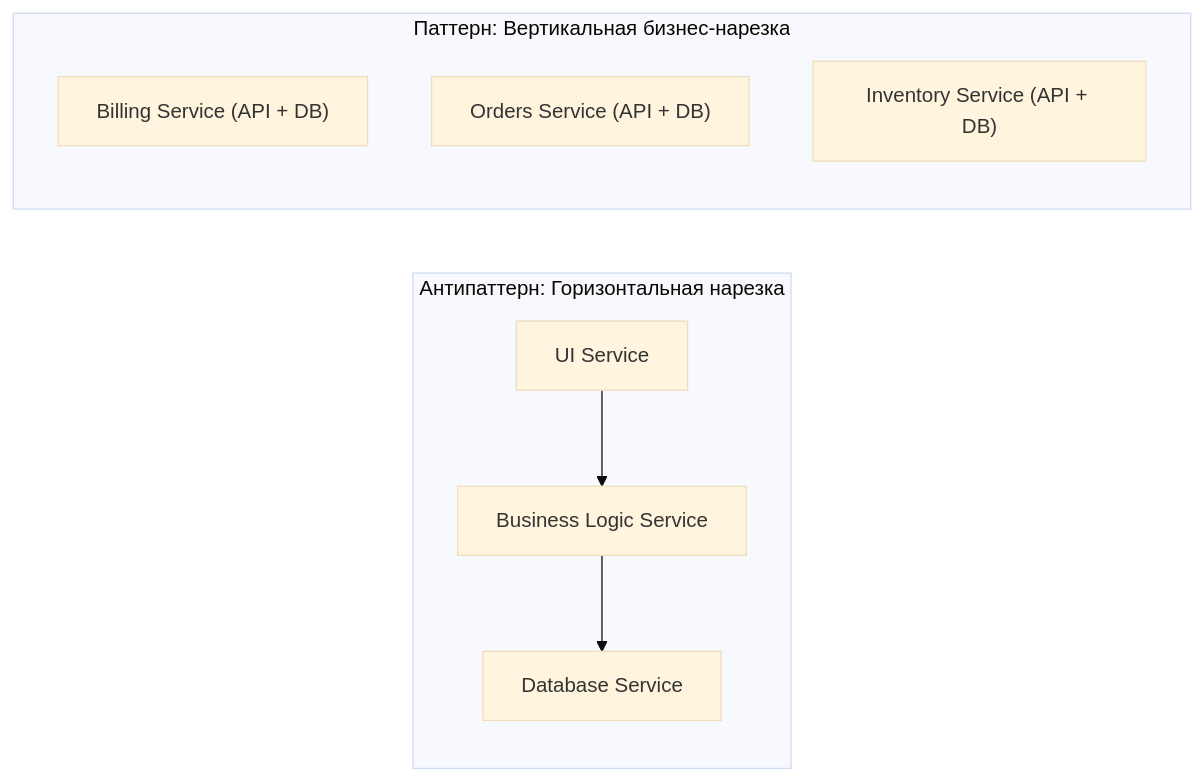
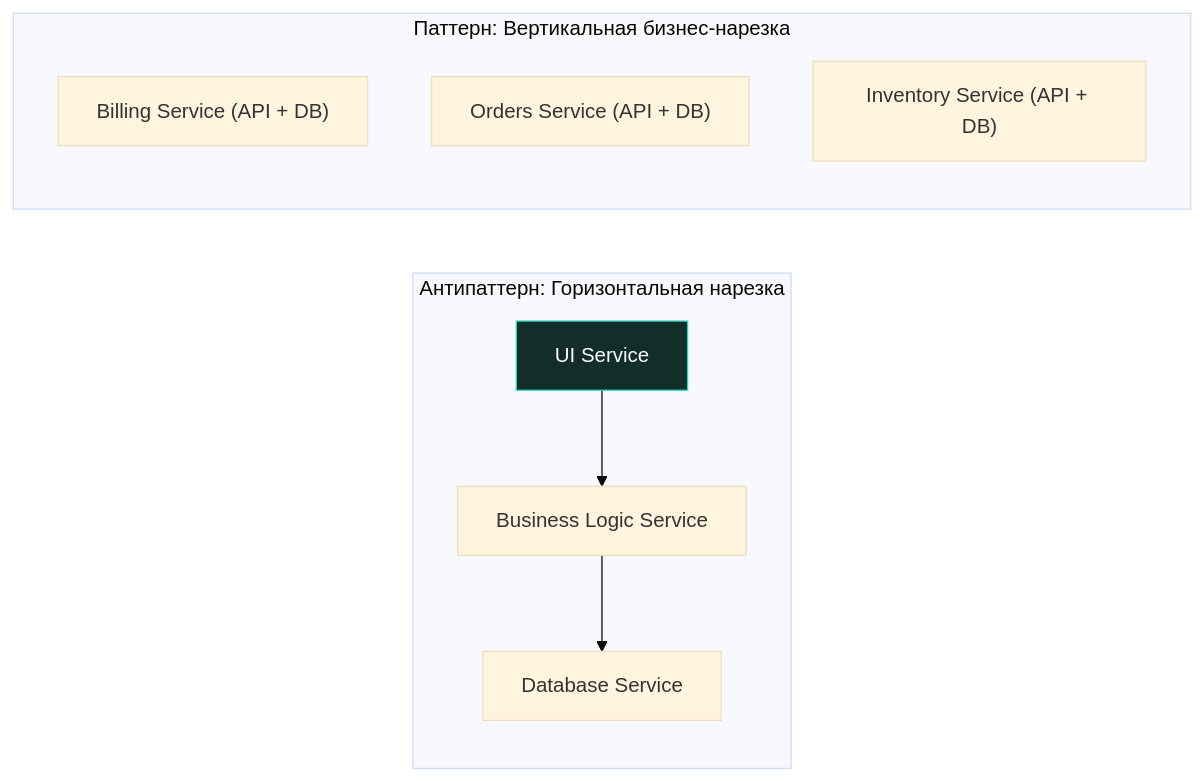
Before and after one commit to UnrealTemplier/go-textbook: the second of 2 diagrams in sources/14. Распределенные системы на Go/04. Микросервисы/2. Границы сервисов.md, drawn with Mermaid (base theme). The commit also changed other lines of this file and 1666 other files, not shown here.

First line of the commit message:
feat(mermaid): add semantic color classDef to 1369 colorless flowchart/graph diagrams

````diff
--- a/sources/14. Распределенные системы на Go/04. Микросервисы/2. Границы сервисов.md
+++ b/sources/14. Распределенные системы на Go/04. Микросервисы/2. Границы сервисов.md
@@ -86,14 +96,24 @@
 ```mermaid
 flowchart LR
+    classDef process  fill:#1e293b,stroke:#38bdf8,stroke-width:1px,color:#f8fafc
+    classDef success  fill:#064e3b,stroke:#34d399,stroke-width:1px,color:#f8fafc
+    classDef error    fill:#7f1d1d,stroke:#f87171,stroke-width:1px,color:#f8fafc
+    classDef warning  fill:#78350f,stroke:#fbbf24,stroke-width:1px,color:#f8fafc
+    classDef entry    fill:#1e3a5f,stroke:#38bdf8,stroke-width:2px,color:#f8fafc
+    classDef aux      fill:#334155,stroke:#64748b,stroke-width:1px,color:#f8fafc
+    classDef system   fill:#312e81,stroke:#a78bfa,stroke-width:1px,color:#f8fafc
+    classDef data     fill:#132d29,stroke:#2dd4bf,stroke-width:1px,color:#f8fafc
+    classDef network  fill:#881337,stroke:#fb7185,stroke-width:1px,color:#f8fafc
+    classDef accent   fill:#1e1b4b,stroke:#818cf8,stroke-width:1px,color:#f8fafc
     subgraph Bad ["Антипаттерн: Горизонтальная нарезка"]
         direction TB
-        B1["UI Service"] --> B2["Business Logic Service"] --> B3["Database Service"]
+        B1["UI Service"]:::data --> B2["Business Logic Service"] --> B3["Database Service"]
     end
     
     subgraph Good ["Паттерн: Вертикальная бизнес-нарезка"]
         direction TB
         G1["Billing Service (API + DB)"]
         G2["Orders Service (API + DB)"]
         G3["Inventory Service (API + DB)"]
     end
 ```
````
